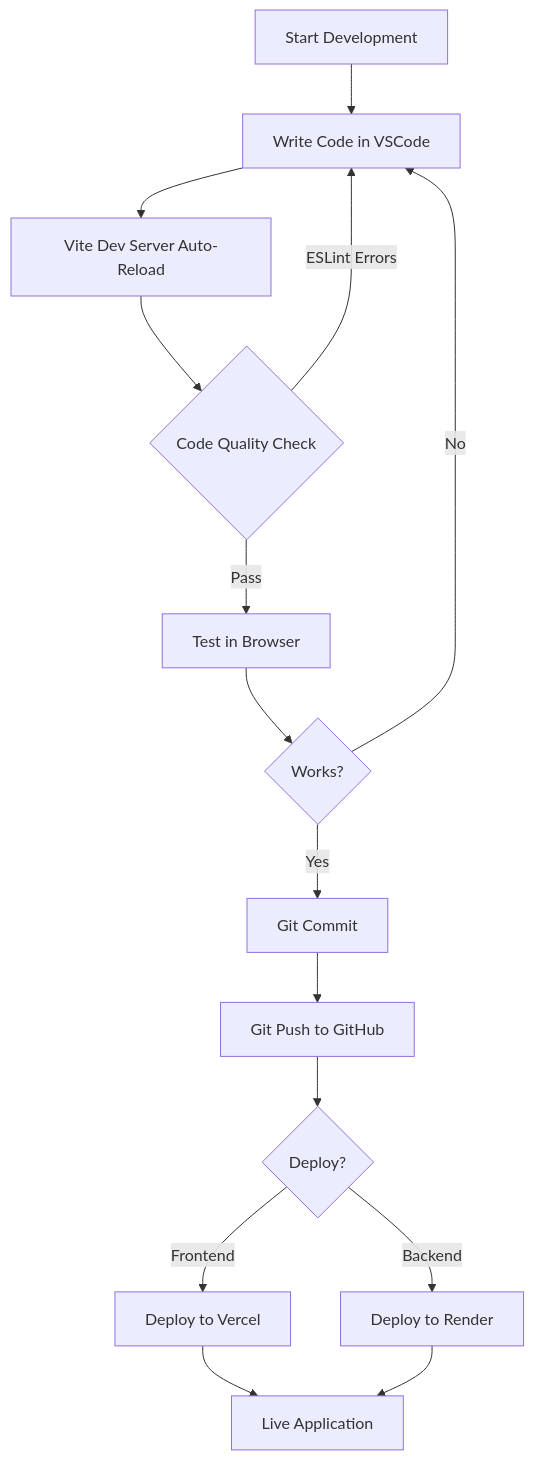
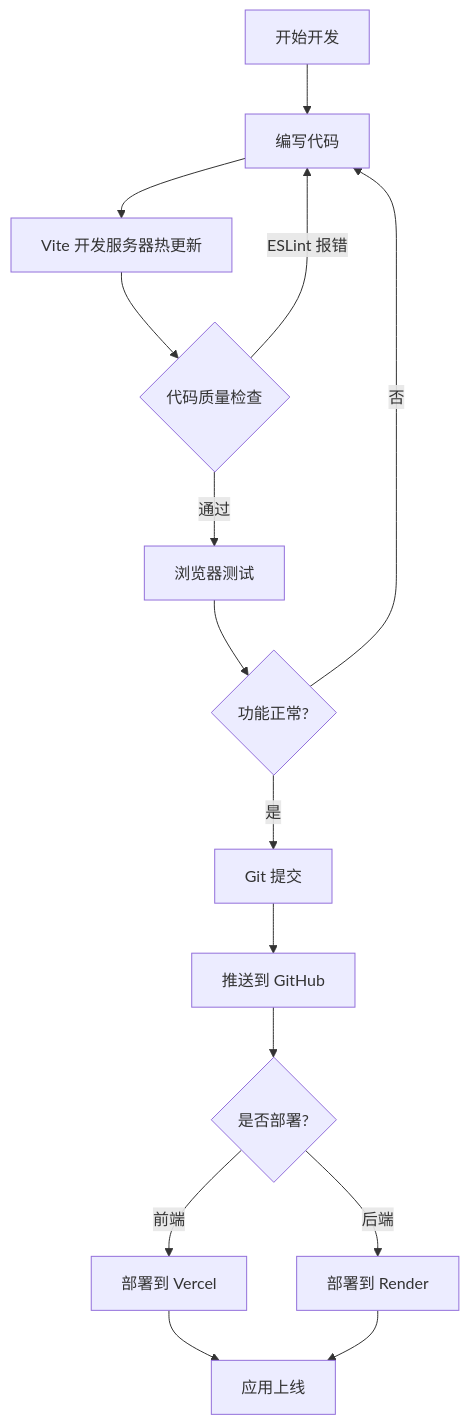
Before and after one commit to LYL-TUST/cv-tailor: the third of 4 diagrams in METHODOLOGIES_AND_FRAMEWORKS.md, drawn with Mermaid. The commit also changed other lines of this file and 2901 other files, not shown here.

````diff
--- a/METHODOLOGIES_AND_FRAMEWORKS.md
+++ b/METHODOLOGIES_AND_FRAMEWORKS.md
@@ -344,17 +378,17 @@
 ```mermaid
 flowchart TD
-    A[Start Development] --> B[Write Code in VSCode]
-    B --> C[Vite Dev Server Auto-Reload]
-    C --> D{Code Quality Check}
-    D -->|ESLint Errors| B
-    D -->|Pass| E[Test in Browser]
-    E --> F{Works?}
-    F -->|No| B
-    F -->|Yes| G[Git Commit]
-    G --> H[Git Push to GitHub]
-    H --> I{Deploy?}
-    I -->|Frontend| J[Deploy to Vercel]
-    I -->|Backend| K[Deploy to Render]
-    J --> L[Live Application]
+    A[开始开发] --> B[编写代码]
+    B --> C[Vite 开发服务器热更新]
+    C --> D{代码质量检查}
+    D -->|ESLint 报错| B
+    D -->|通过| E[浏览器测试]
+    E --> F{功能正常?}
+    F -->|否| B
+    F -->|是| G[Git 提交]
+    G --> H[推送到 GitHub]
+    H --> I{是否部署?}
+    I -->|前端| J[部署到 Vercel]
+    I -->|后端| K[部署到 Render]
+    J --> L[应用上线]
     K --> L
 ```
````
